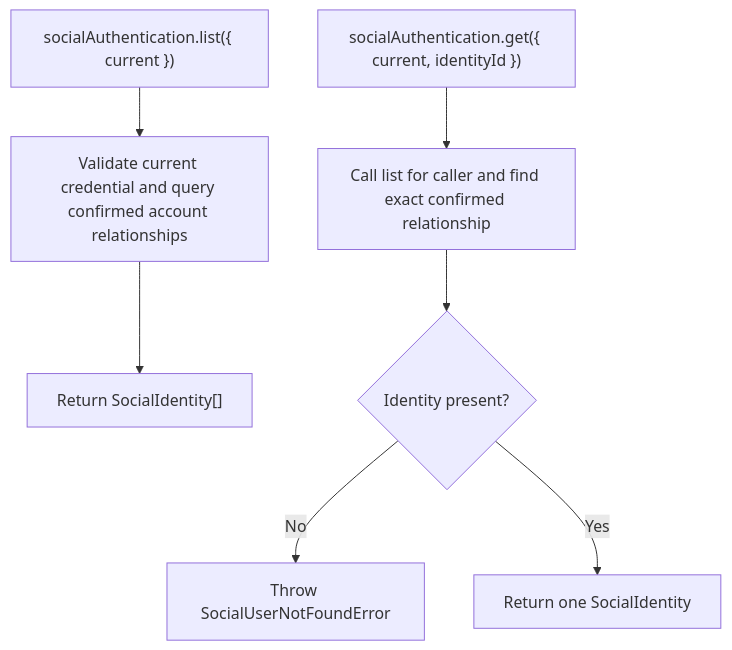
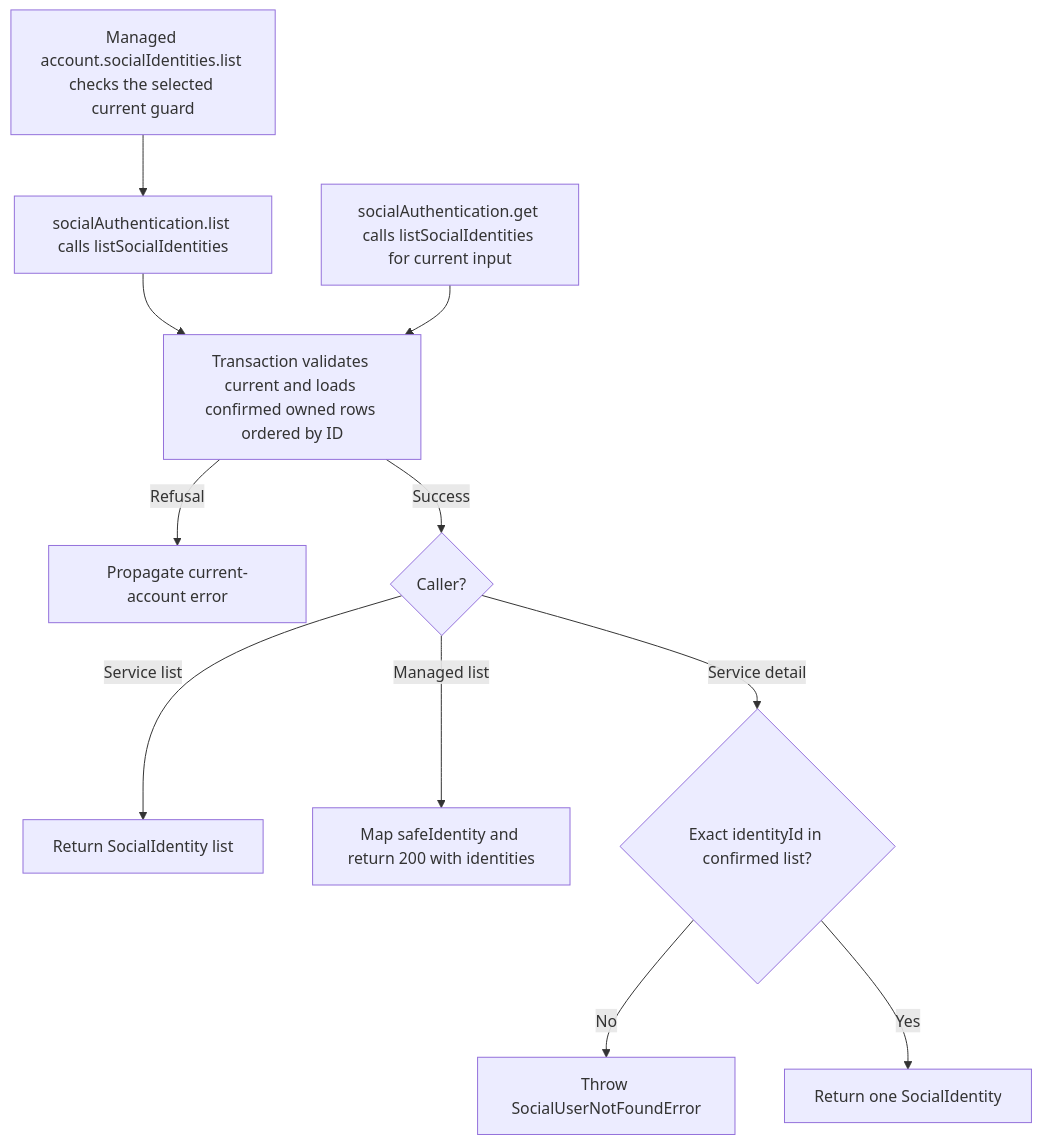
The second of 2 diagrams in user-stories/US-ACCOUNT-53-list-social-identities.md (Kevinjohn/oss-adonisjs-account-kit), drawn with Mermaid before and after one commit. The commit also changed other lines of this file and 70 other files, not shown here.

````diff
--- a/user-stories/US-ACCOUNT-53-list-social-identities.md
+++ b/user-stories/US-ACCOUNT-53-list-social-identities.md
@@ -35,9 +36,13 @@
 ```mermaid
 flowchart TD
- A["socialAuthentication.list({ current })"] --> B["Validate current credential and query confirmed account relationships"]
- B --> C["Return SocialIdentity[]"]
- D["socialAuthentication.get({ current, identityId })"] --> E["Call list for caller and find exact confirmed relationship"]
- E --> F{"Identity present?"}
+ M["Managed account.socialIdentities.list checks the selected current guard"] --> A
+ A["socialAuthentication.list calls listSocialIdentities"] --> B
+ D["socialAuthentication.get calls listSocialIdentities for current input"] --> B
+ B["Transaction validates current and loads confirmed owned rows ordered by ID"] -->|Refusal| X["Propagate current-account error"]
+ B -->|Success| C{"Caller?"}
+ C -->|Service list| S["Return SocialIdentity list"]
+ C -->|Managed list| H["Map safeIdentity and return 200 with identities"]
+ C -->|Service detail| F{"Exact identityId in confirmed list?"}
  F -->|No| G["Throw SocialUserNotFoundError"]
- F -->|Yes| H["Return one SocialIdentity"]
+ F -->|Yes| I["Return one SocialIdentity"]
 ```
````
